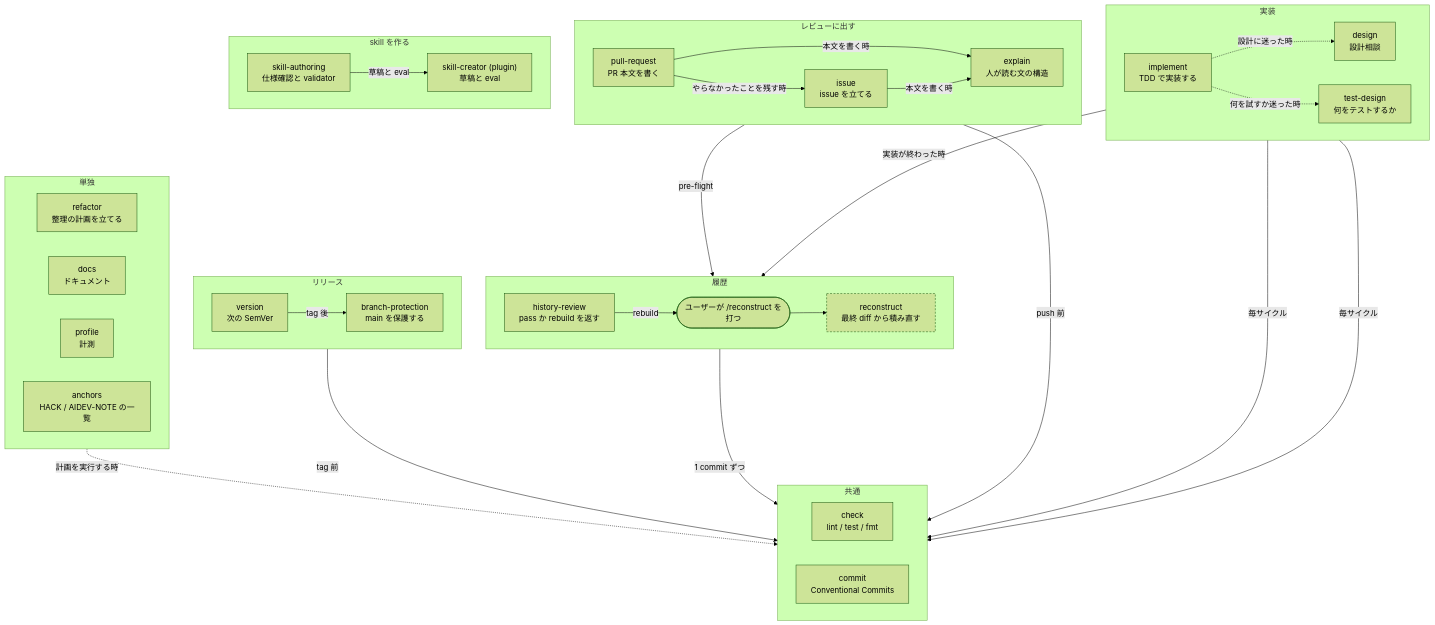
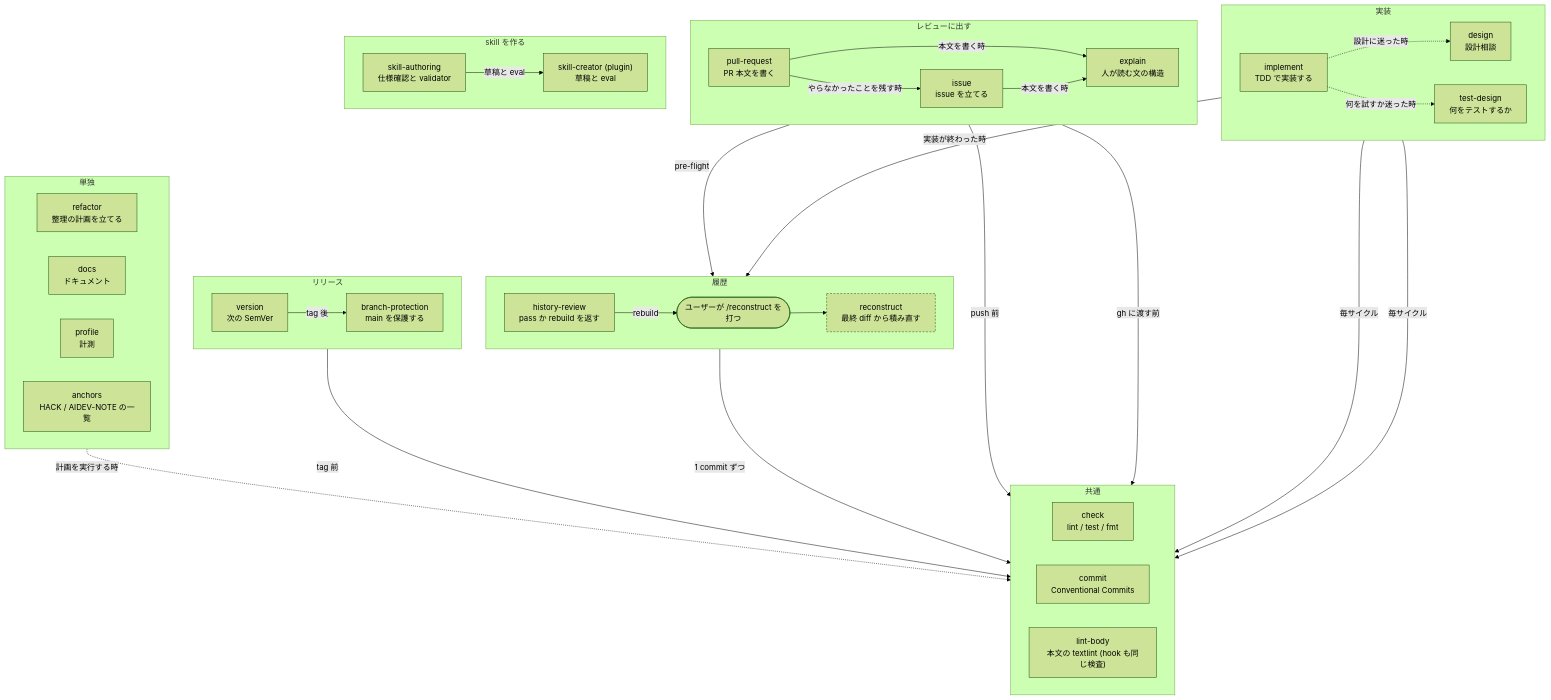
One commit to Xantibody/dotfiles changed the diagram in configs/claude/README.md. Above: the diagram before and after it, drawn with Mermaid (forest theme). The commit also changed other lines of this file and 3 other files, not shown here.

First line of the commit message:
docs(claude): make the body skills run lint-body and explain its rules

````diff
--- a/configs/claude/README.md
+++ b/configs/claude/README.md
@@ -7,71 +9,73 @@
 ```mermaid
 flowchart TD
   subgraph build["実装"]
     direction LR
     design["design<br/>設計相談"]
     implement["implement<br/>TDD で実装する"]
     testdesign["test-design<br/>何をテストするか"]
   end
 
   subgraph ship["レビューに出す"]
     direction LR
     pr["pull-request<br/>PR 本文を書く"]
     issue["issue<br/>issue を立てる"]
     explain["explain<br/>人が読む文の構造"]
   end
 
   subgraph history["履歴"]
     direction LR
     hr["history-review<br/>pass か rebuild を返す"]
     user(["ユーザーが /reconstruct を打つ"])
     reconstruct["reconstruct<br/>最終 diff から積み直す"]
   end
 
   subgraph release["リリース"]
     direction LR
     version["version<br/>次の SemVer"]
     bp["branch-protection<br/>main を保護する"]
   end
 
   subgraph meta["skill を作る"]
     direction LR
     sa["skill-authoring<br/>仕様確認と validator"]
     sc["skill-creator (plugin)<br/>草稿と eval"]
   end
 
   subgraph solo["単独"]
     direction LR
     refactor["refactor<br/>整理の計画を立てる"]
     docs["docs<br/>ドキュメント"]
     profile["profile<br/>計測"]
     anchors["anchors<br/>HACK / AIDEV-NOTE の一覧"]
   end
 
   subgraph shared["共通"]
     direction LR
     check["check<br/>lint / test / fmt"]
     commit["commit<br/>Conventional Commits"]
+    lint["lint-body<br/>本文の textlint (hook も同じ検査)"]
   end
 
   implement -.->|"設計に迷った時"| design
   implement -.->|"何を試すか迷った時"| testdesign
   implement -->|"実装が終わった時"| hr
   pr -->|"pre-flight"| hr
   pr -->|"本文を書く時"| explain
   pr -->|"やらなかったことを残す時"| issue
   issue -->|"本文を書く時"| explain
   hr -->|"rebuild"| user
   user --> reconstruct
   version -->|"tag 後"| bp
   sa -->|"草稿と eval"| sc
 
   implement -->|"毎サイクル"| check
   implement -->|"毎サイクル"| commit
   pr -->|"push 前"| check
+  explain -->|"gh に渡す前"| lint
   reconstruct -->|"1 commit ずつ"| commit
   version -->|"tag 前"| check
   refactor -.->|"計画を実行する時"| commit
 
   classDef hidden stroke-dasharray:4 3
   class reconstruct hidden
 ```
````
